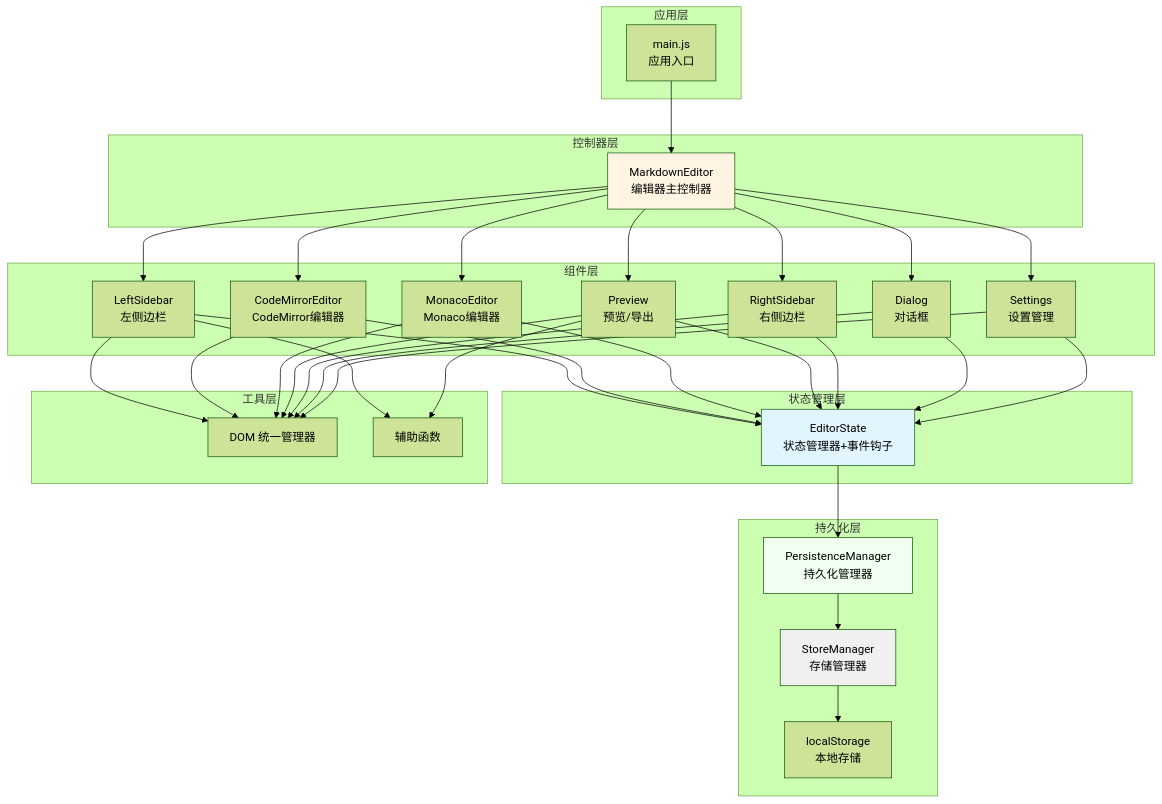
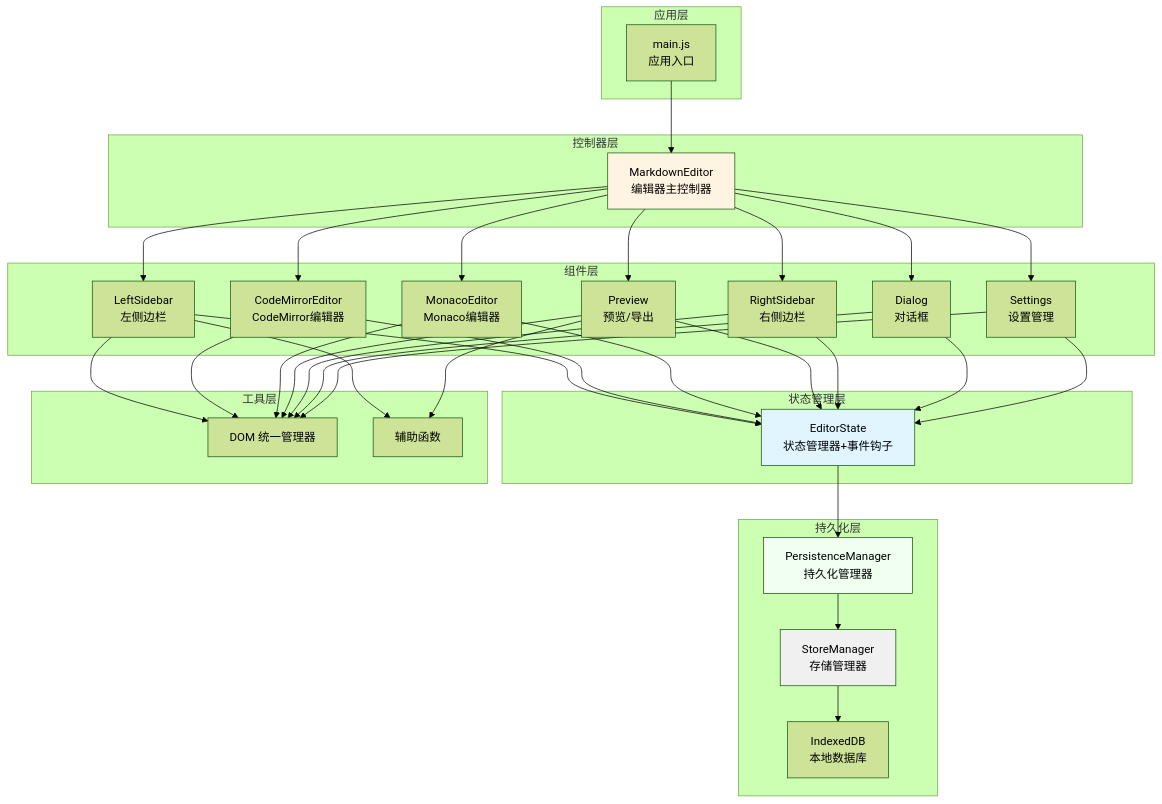
One commit to ZCShou/markdown changed the first of 15 diagrams in docs/arch.md. Above: the diagram before and after it, drawn with Mermaid (forest theme). The commit also changed other lines of this file and 4 other files, not shown here.

Commit message:
refactor: remove localStorage migration logic and simplify test setup

````diff
--- a/docs/arch.md
+++ b/docs/arch.md
@@ -119,72 +119,72 @@
 ```mermaid
 graph TB
     subgraph "应用层"
         A[main.js<br/>应用入口]
     end
     
     subgraph "控制器层"
         B[MarkdownEditor<br/>编辑器主控制器]
     end
     
     subgraph "组件层"
         C[LeftSidebar<br/>左侧边栏]
         D1[CodeMirrorEditor<br/>CodeMirror编辑器]
         D2[MonacoEditor<br/>Monaco编辑器]
         E[Preview<br/>预览/导出]
         F[RightSidebar<br/>右侧边栏]
         G[Dialog<br/>对话框]
         I[Settings<br/>设置管理]
     end
     
     subgraph "状态管理层"
         K[EditorState<br/>状态管理器+事件钩子]
     end
     
     subgraph "持久化层"
         L[PersistenceManager<br/>持久化管理器]
         M[StoreManager<br/>存储管理器]
-        N[localStorage<br/>本地存储]
+        N[IndexedDB<br/>本地数据库]
     end
     
     subgraph "工具层"
         O[DOM 统一管理器]
         P[辅助函数]
     end
     
     A --> B
     B --> C
     B --> D1
     B --> D2
     B --> E
     B --> F
     B --> G
     B --> I
     
     C --> K
     D1 --> K
     D2 --> K
     E --> K
     F --> K
     G --> K
     I --> K
     
     K --> L
     L --> M
     M --> N
     
     C --> O
     D1 --> O
     D2 --> O
     E --> O
     F --> O
     G --> O
     I --> O
     
     C --> P
     E --> P
     
     style K fill:#e1f5ff
     style B fill:#fff4e1
     style L fill:#f0fff0
     style M fill:#f0f0f0
 ```
````
